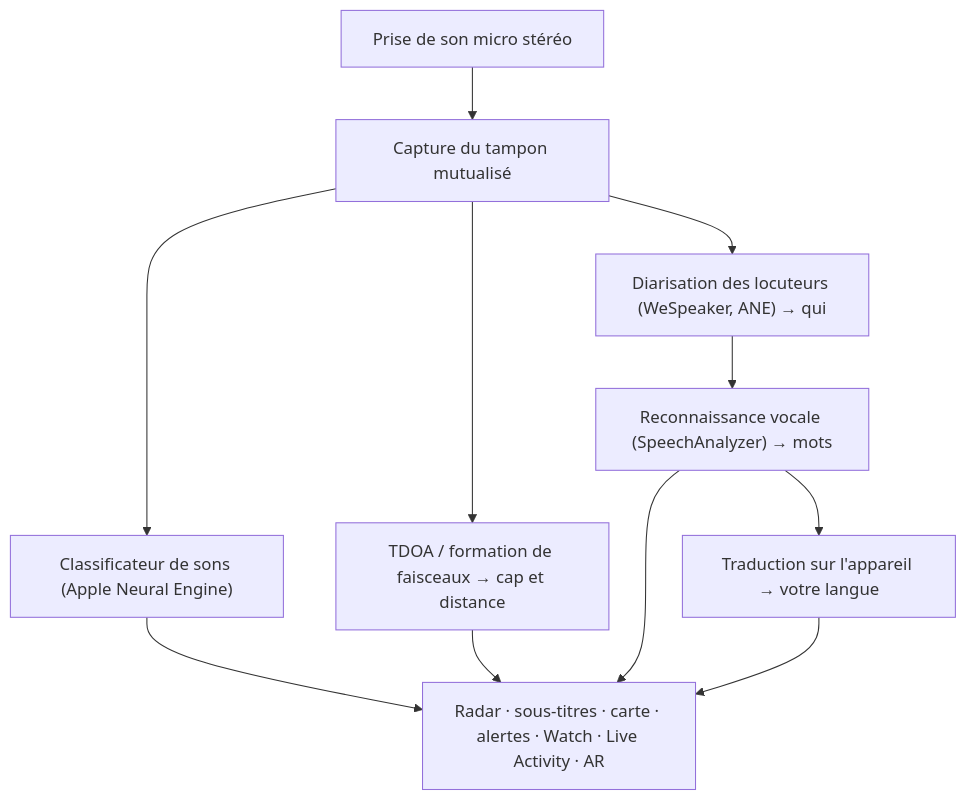
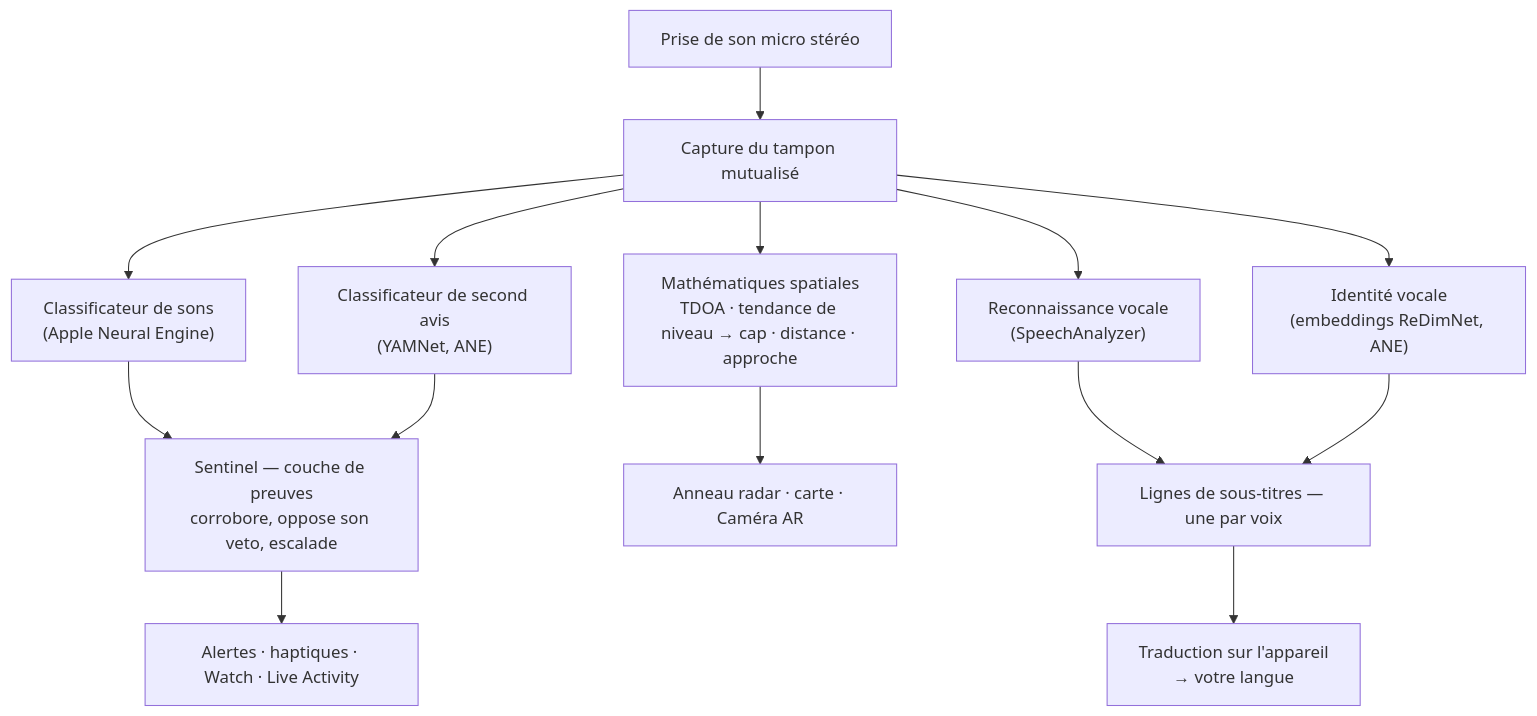
One commit to rpalm01-star/VigilantEarLegal changed the second of 4 diagrams in README_fr.md. Above: the diagram before and after it, drawn with Mermaid. The commit also changed other lines of this file and 11 other files, not shown here.

````diff
--- a/README_fr.md
+++ b/README_fr.md
@@ -113,10 +124,16 @@
 ```mermaid
 graph TD
     A["Prise de son micro stéréo"] --> B["Capture du tampon mutualisé"]
-    B --> C["Classificateur de sons (Apple Neural Engine)"]
-    B --> D["TDOA / formation de faisceaux → cap et distance"]
-    B --> E["Diarisation des locuteurs (WeSpeaker, ANE) → qui"]
-    E --> F["Reconnaissance vocale (SpeechAnalyzer) → mots"]
-    F --> G["Traduction sur l'appareil → votre langue"]
-    C & D & F & G --> H["Radar · sous-titres · carte · alertes · Watch · Live Activity · AR"]
+    B --> C["Classificateur de sons<br/>(Apple Neural Engine)"]
+    B --> Y["Classificateur de second avis<br/>(YAMNet, ANE)"]
+    C --> S["Sentinel — couche de preuves<br/>corrobore, oppose son veto, escalade"]
+    Y --> S
+    S --> H["Alertes · haptiques · Watch · Live Activity"]
+    B --> D["Mathématiques spatiales<br/>TDOA · tendance de niveau → cap · distance · approche"]
+    D --> R["Anneau radar · carte · Caméra AR"]
+    B --> F["Reconnaissance vocale<br/>(SpeechAnalyzer)"]
+    B --> E["Identité vocale<br/>(embeddings ReDimNet, ANE)"]
+    F --> G["Lignes de sous-titres — une par voix"]
+    E --> G
+    G --> T["Traduction sur l'appareil<br/>→ votre langue"]
 ```
````
